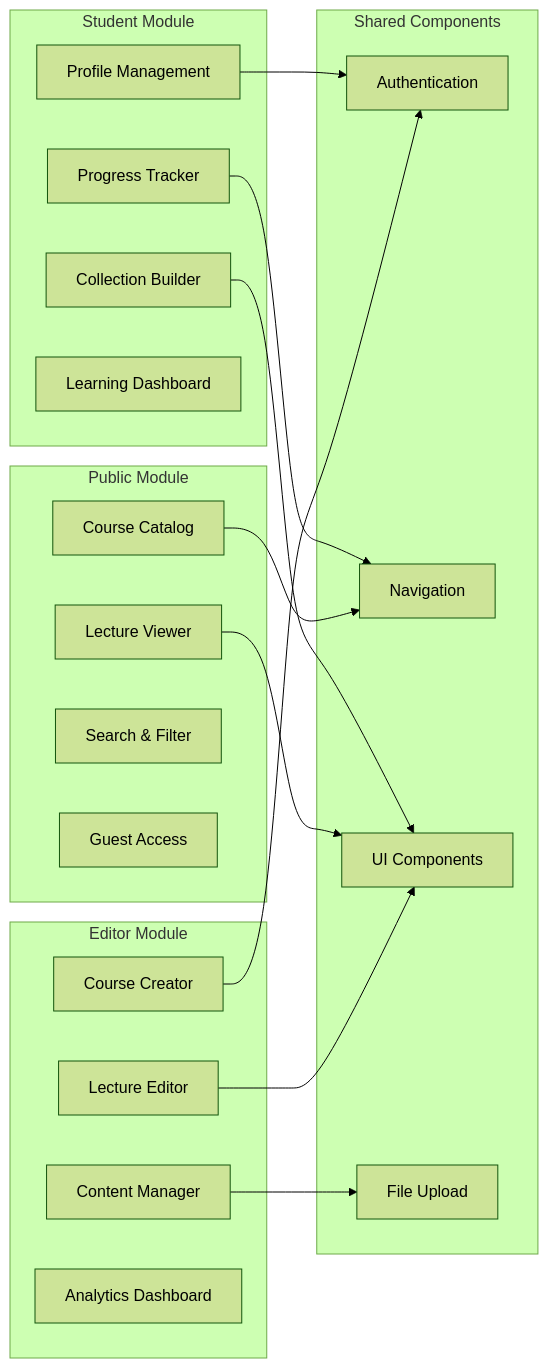
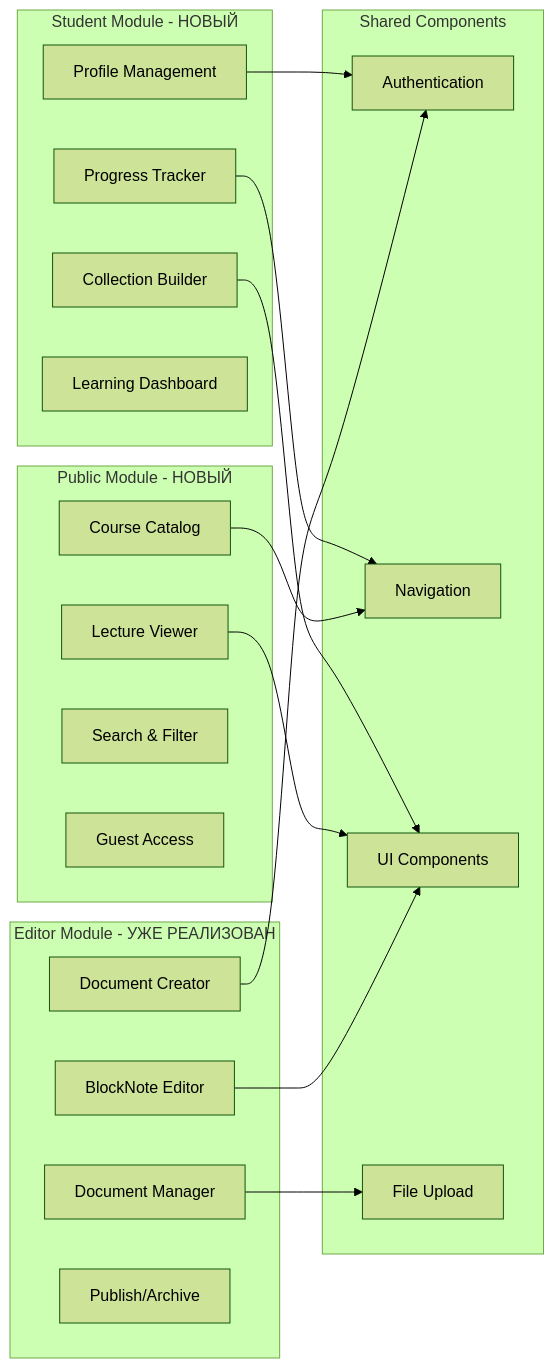
Before and after one commit to a1x02/BiGOR_2.0: the fourth of 11 diagrams in ARCHITECTURE_DIAGRAM.md, drawn with Mermaid (forest theme). The commit also changed other lines of this file and 4 other files, not shown here.

````diff
--- a/ARCHITECTURE_DIAGRAM.md
+++ b/ARCHITECTURE_DIAGRAM.md
@@ -218,39 +195,39 @@
 ```mermaid
 graph LR
-    subgraph "Editor Module"
-        A1[Course Creator]
-        A2[Lecture Editor]
-        A3[Content Manager]
-        A4[Analytics Dashboard]
+    subgraph "Editor Module - УЖЕ РЕАЛИЗОВАН"
+        A1[Document Creator]
+        A2[BlockNote Editor]
+        A3[Document Manager]
+        A4[Publish/Archive]
     end
 
-    subgraph "Public Module"
+    subgraph "Public Module - НОВЫЙ"
         B1[Course Catalog]
         B2[Lecture Viewer]
         B3[Search & Filter]
         B4[Guest Access]
     end
 
-    subgraph "Student Module"
+    subgraph "Student Module - НОВЫЙ"
         C1[Profile Management]
         C2[Collection Builder]
         C3[Progress Tracker]
         C4[Learning Dashboard]
     end
 
     subgraph "Shared Components"
         D1[Authentication]
         D2[Navigation]
         D3[UI Components]
         D4[File Upload]
     end
 
     A1 --> D1
     A2 --> D3
     A3 --> D4
     B1 --> D2
     B2 --> D3
     C1 --> D1
     C2 --> D3
     C3 --> D2
 ```
````
